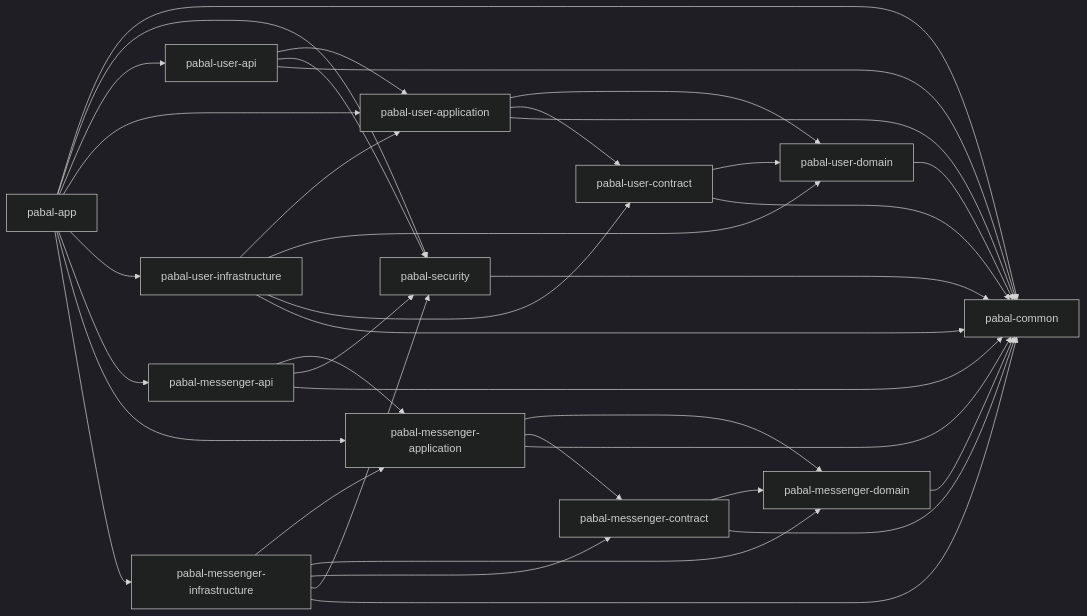
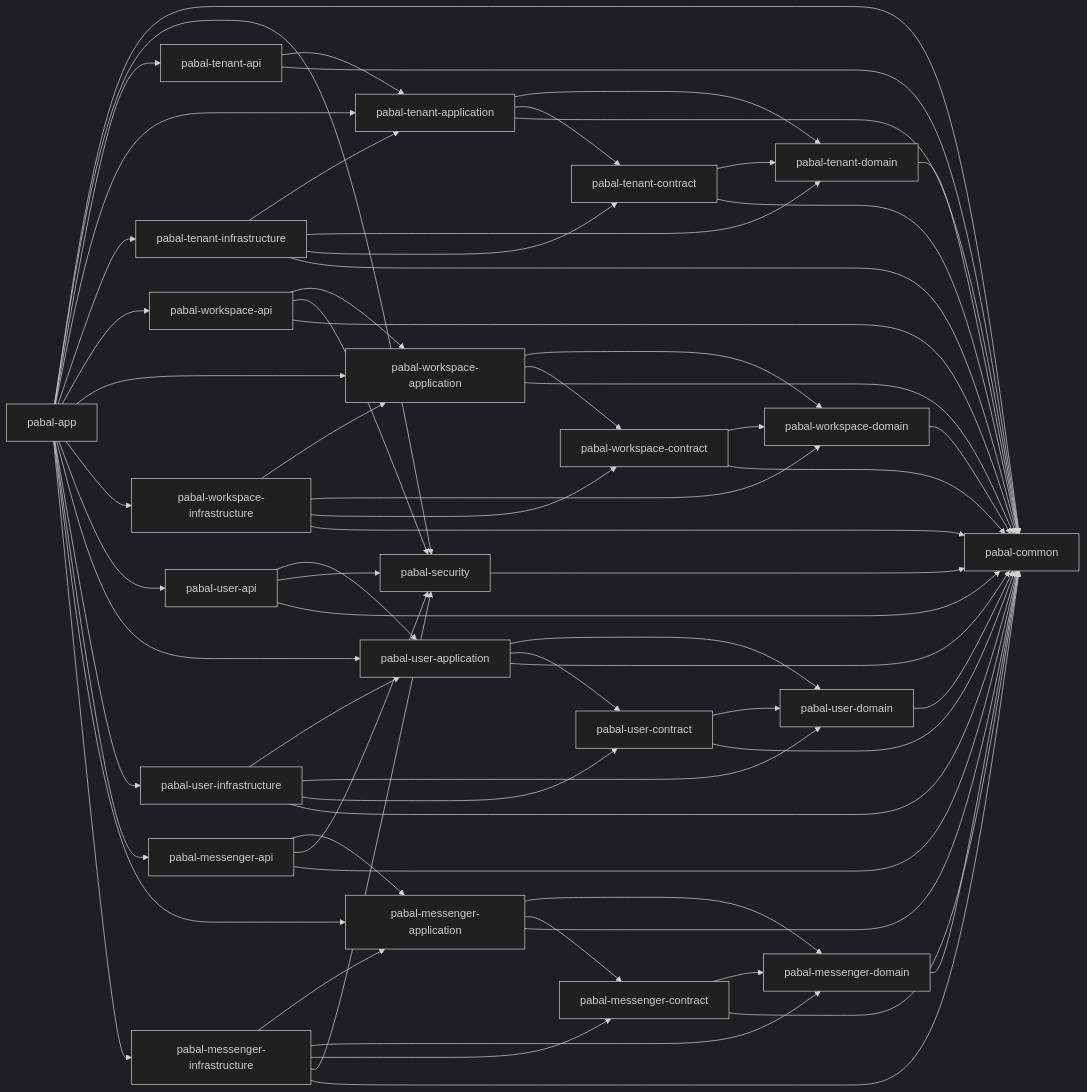
One commit to woojun-k/pabal changed the diagram in docs/architecture/package-structure-and-layers.md. Above: the diagram before and after it, drawn with Mermaid (dark theme). The commit also changed other lines of this file and 155 other files, not shown here.

Commit message:
feat(messenger,user,tenant,workspace,web): 유저/테넌트/워크스페이스 모듈 신설, STOMP 및 웹 관심사 디커플링

````diff
--- a/docs/architecture/package-structure-and-layers.md
+++ b/docs/architecture/package-structure-and-layers.md
@@ -57,41 +79,74 @@
 ```mermaid
 flowchart LR
     app["pabal-app"] --> common["pabal-common"]
     app --> security["pabal-security"]
+    app --> tenant_api["pabal-tenant-api"]
+    app --> tenant_application["pabal-tenant-application"]
+    app --> tenant_infrastructure["pabal-tenant-infrastructure"]
+    app --> workspace_api["pabal-workspace-api"]
+    app --> workspace_application["pabal-workspace-application"]
+    app --> workspace_infrastructure["pabal-workspace-infrastructure"]
     app --> user_api["pabal-user-api"]
     app --> user_application["pabal-user-application"]
     app --> user_infrastructure["pabal-user-infrastructure"]
     app --> messenger_api["pabal-messenger-api"]
     app --> messenger_application["pabal-messenger-application"]
     app --> messenger_infrastructure["pabal-messenger-infrastructure"]
 
     security --> common
+    tenant_domain["pabal-tenant-domain"] --> common
+    tenant_contract["pabal-tenant-contract"] --> tenant_domain
+    tenant_contract --> common
+    tenant_application --> tenant_domain
+    tenant_application --> tenant_contract
+    tenant_application --> common
+    tenant_api --> tenant_application
+    tenant_api --> common
+    tenant_infrastructure --> tenant_application
+    tenant_infrastructure --> tenant_domain
+    tenant_infrastructure --> tenant_contract
+    tenant_infrastructure --> common
+
+    workspace_domain["pabal-workspace-domain"] --> common
+    workspace_contract["pabal-workspace-contract"] --> workspace_domain
+    workspace_contract --> common
+    workspace_application --> workspace_domain
+    workspace_application --> workspace_contract
+    workspace_application --> common
+    workspace_api --> workspace_application
+    workspace_api --> security
+    workspace_api --> common
+    workspace_infrastructure --> workspace_application
+    workspace_infrastructure --> workspace_domain
+    workspace_infrastructure --> workspace_contract
+    workspace_infrastructure --> common
+
     user_domain["pabal-user-domain"] --> common
     user_contract["pabal-user-contract"] --> user_domain
     user_contract --> common
     user_application --> user_domain
     user_application --> user_contract
     user_application --> common
     user_api --> user_application
     user_api --> security
     user_api --> common
     user_infrastructure --> user_application
     user_infrastructure --> user_domain
     user_infrastructure --> user_contract
     user_infrastructure --> common
 
     messenger_domain["pabal-messenger-domain"] --> common
     messenger_contract["pabal-messenger-contract"] --> messenger_domain
     messenger_contract --> common
     messenger_application --> messenger_domain
     messenger_application --> messenger_contract
     messenger_application --> common
     messenger_api --> messenger_application
     messenger_api --> security
     messenger_api --> common
     messenger_infrastructure --> messenger_application
     messenger_infrastructure --> messenger_domain
     messenger_infrastructure --> messenger_contract
     messenger_infrastructure --> security
     messenger_infrastructure --> common
 ```
````
